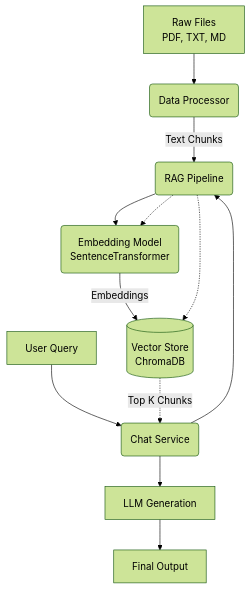
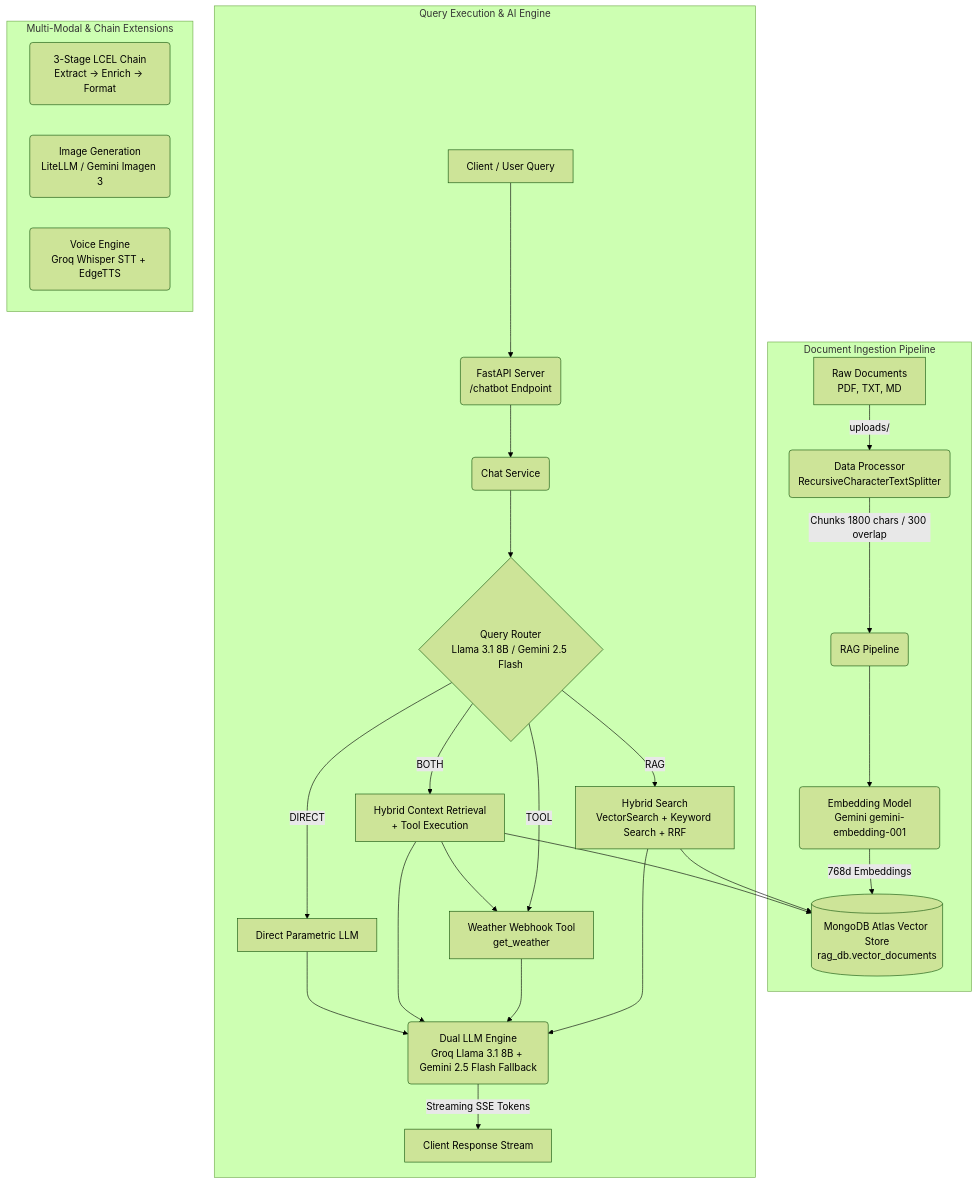
The diagram in docs/architecture.md (Harish1404/Naive-RAG-LangChain), drawn with Mermaid (forest theme) before and after one commit. The commit also changed other lines of this file and 3 other files, not shown here.

````diff
--- a/docs/architecture.md
+++ b/docs/architecture.md
@@ -5,15 +5,42 @@
 ```mermaid
 graph TD
-    A[Raw Files <br/> PDF, TXT, MD] --> B(Data Processor)
-    B -->|Text Chunks| C(RAG Pipeline)
-    C --> D(Embedding Model <br/> SentenceTransformer)
-    D -->|Embeddings| E[(Vector Store <br/> ChromaDB)]
-    
-    F[User Query] --> G(Chat Service)
-    G --> C
-    C -.-> D
-    C -.-> E
-    E -.->|Top K Chunks| G
-    G --> H[LLM Generation]
-    H --> I[Final Output]
+    %% Ingestion Flow
+    subgraph Document Ingestion Pipeline
+        A[Raw Documents<br/>PDF, TXT, MD] -->|uploads/| B(Data Processor<br/>RecursiveCharacterTextSplitter)
+        B -->|Chunks 1800 chars / 300 overlap| C(RAG Pipeline)
+        C --> D(Embedding Model<br/>Gemini gemini-embedding-001)
+        D -->|768d Embeddings| E[(MongoDB Atlas Vector Store<br/>rag_db.vector_documents)]
+    end
+
+    %% User Request & Query Router
+    subgraph Query Execution & AI Engine
+        F[Client / User Query] --> G(FastAPI Server<br/>/chatbot Endpoint)
+        G --> H(Chat Service)
+        H --> I{Query Router<br/>Llama 3.1 8B / Gemini 2.5 Flash}
+        
+        %% Routing Paths
+        I -->|RAG| J[Hybrid Search<br/>VectorSearch + Keyword Search + RRF]
+        I -->|TOOL| K[Weather Webhook Tool<br/>get_weather]
+        I -->|BOTH| L[Hybrid Context Retrieval<br/>+ Tool Execution]
+        I -->|DIRECT| M[Direct Parametric LLM]
+
+        J --> E
+        L --> E
+        L --> K
+
+        %% Generation
+        J --> N(Dual LLM Engine<br/>Groq Llama 3.1 8B + Gemini 2.5 Flash Fallback)
+        K --> N
+        L --> N
+        M --> N
+        
+        N -->|Streaming SSE Tokens| O[Client Response Stream]
+    end
+
+    %% Secondary AI Modules
+    subgraph Multi-Modal & Chain Extensions
+        P(3-Stage LCEL Chain<br/>Extract -> Enrich -> Format)
+        Q(Image Generation<br/>LiteLLM / Gemini Imagen 3)
+        R(Voice Engine<br/>Groq Whisper STT + EdgeTTS)
+    end
 ```
````
